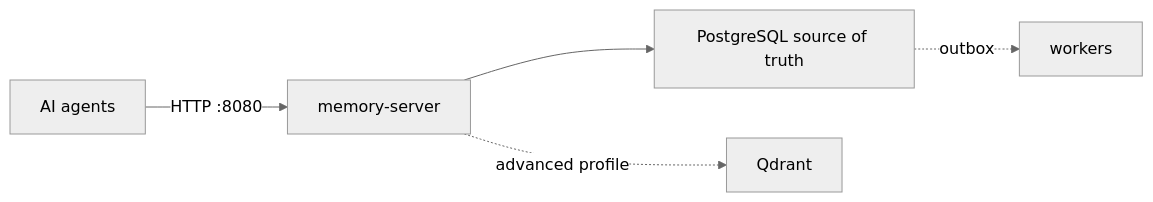
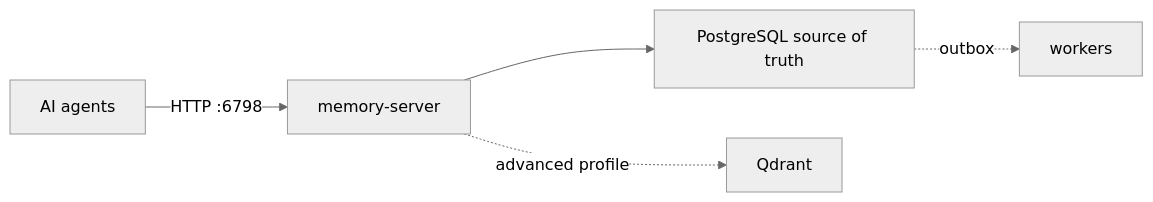
The fourth of 4 diagrams in docs/ARCHITECTURE.md (Alex12571333/universal-agent-memory), drawn with Mermaid (neutral theme) before and after one commit. The commit also changed 47 other files, not shown here.

````diff
--- a/docs/ARCHITECTURE.md
+++ b/docs/ARCHITECTURE.md
@@ -113,7 +113,7 @@
 ```mermaid
 flowchart LR
-  A["AI agents"] -->|"HTTP :8080"| S["memory-server"]
+  A["AI agents"] -->|"HTTP :6798"| S["memory-server"]
   S --> PG["PostgreSQL source of truth"]
   S -. "advanced profile" .-> Q["Qdrant"]
   PG -. "outbox" .-> W["workers"]
 ```
````
